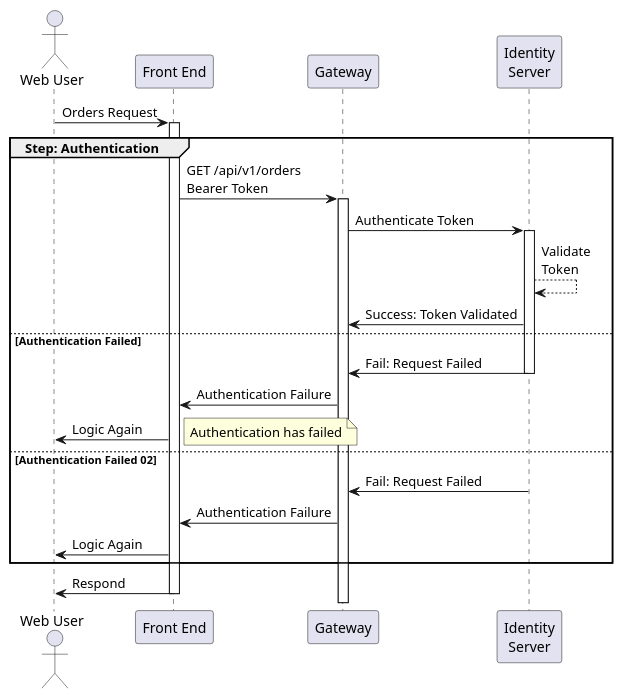
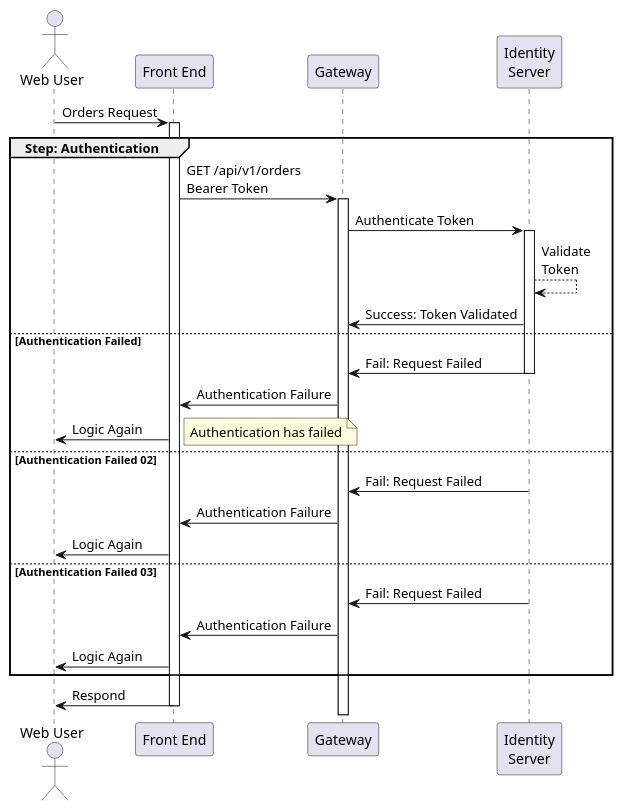
Before and after one commit to hoanglongplanner/ProgrammerLife-Apr21st2023: the diagram in Diagram/TestDiagram.wsd, drawn with PlantUML. The commit also changed 3 other files, not shown here.

```diff
--- a/Diagram/TestDiagram.wsd
+++ b/Diagram/TestDiagram.wsd
@@ -1,28 +1,32 @@
 @startuml TestDiagram
 
 actor "Web User" as actor_WebUser
 participant "Front End" as part_Portal
 participant "Gateway" as part_Gateway
 participant "Identity\nServer" as part_IdentityServer
 
 actor_WebUser -> part_Portal ++: Orders Request
 
 group Step: Authentication
     part_Portal -> part_Gateway ++: GET /api/v1/orders \nBearer Token
     part_Gateway -> part_IdentityServer ++: Authenticate Token
     part_IdentityServer --> part_IdentityServer : Validate\nToken
     part_IdentityServer -> part_Gateway : Success: Token Validated
 else Authentication Failed
     part_IdentityServer -> part_Gateway --: Fail: Request Failed
     part_Gateway -> part_Portal : Authentication Failure
     part_Portal -> actor_WebUser : Logic Again
     note right: Authentication has failed
 else Authentication Failed 02
     part_IdentityServer -> part_Gateway --: Fail: Request Failed
     part_Gateway -> part_Portal : Authentication Failure
     part_Portal -> actor_WebUser : Logic Again
+else Authentication Failed 03
+    part_IdentityServer -> part_Gateway --: Fail: Request Failed
+    part_Gateway -> part_Portal : Authentication Failure
+    part_Portal -> actor_WebUser : Logic Again
 end
 
 part_Portal -> actor_WebUser --: Respond
 
 @enduml
```
